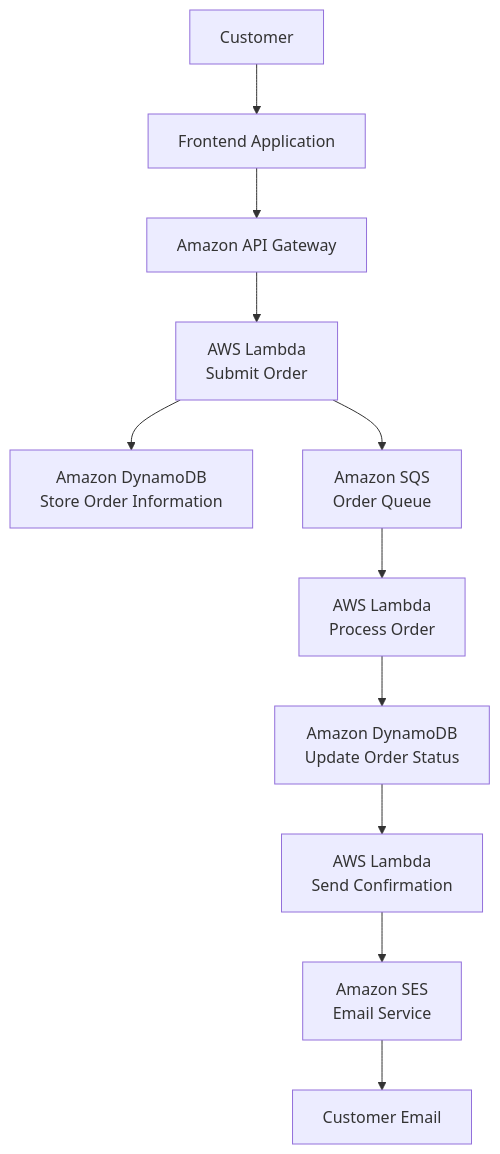
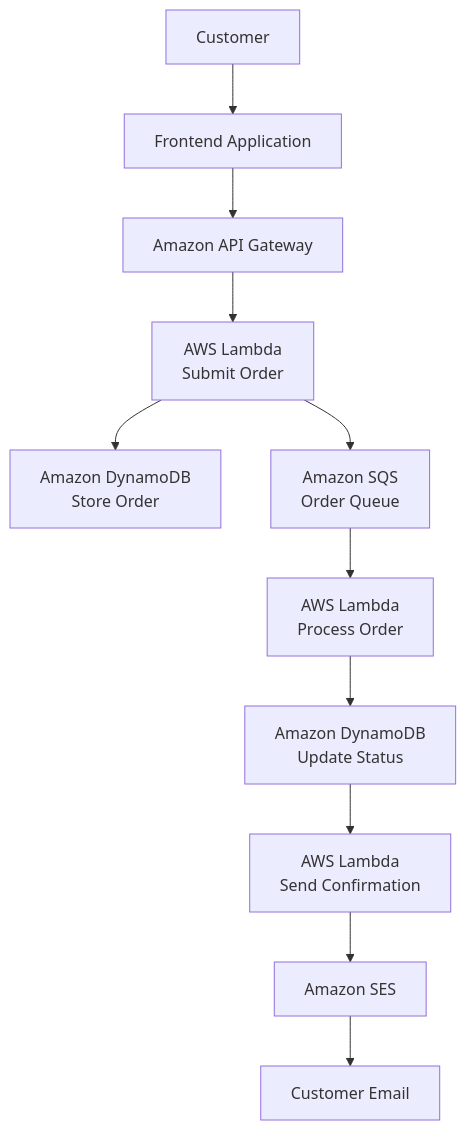
Before and after one commit to Augusto-Ospina10/aws-serverless-order-processing-system: the diagram in README.md, drawn with Mermaid. The commit also changed other lines of this file, not shown here.

````diff
--- a/README.md
+++ b/README.md
@@ -13,23 +51,23 @@
 ```mermaid
 flowchart TD
 
 A[Customer] --> B[Frontend Application]
 
 B --> C[Amazon API Gateway]
 
 C --> D[AWS Lambda<br/>Submit Order]
 
-D --> E[Amazon DynamoDB<br/>Store Order Information]
+D --> E[Amazon DynamoDB<br/>Store Order]
 
 D --> F[Amazon SQS<br/>Order Queue]
 
 F --> G[AWS Lambda<br/>Process Order]
 
-G --> H[Amazon DynamoDB<br/>Update Order Status]
+G --> H[Amazon DynamoDB<br/>Update Status]
 
 H --> I[AWS Lambda<br/>Send Confirmation]
 
-I --> J[Amazon SES<br/>Email Service]
+I --> J[Amazon SES]
 
 J --> K[Customer Email]
 ```
````
